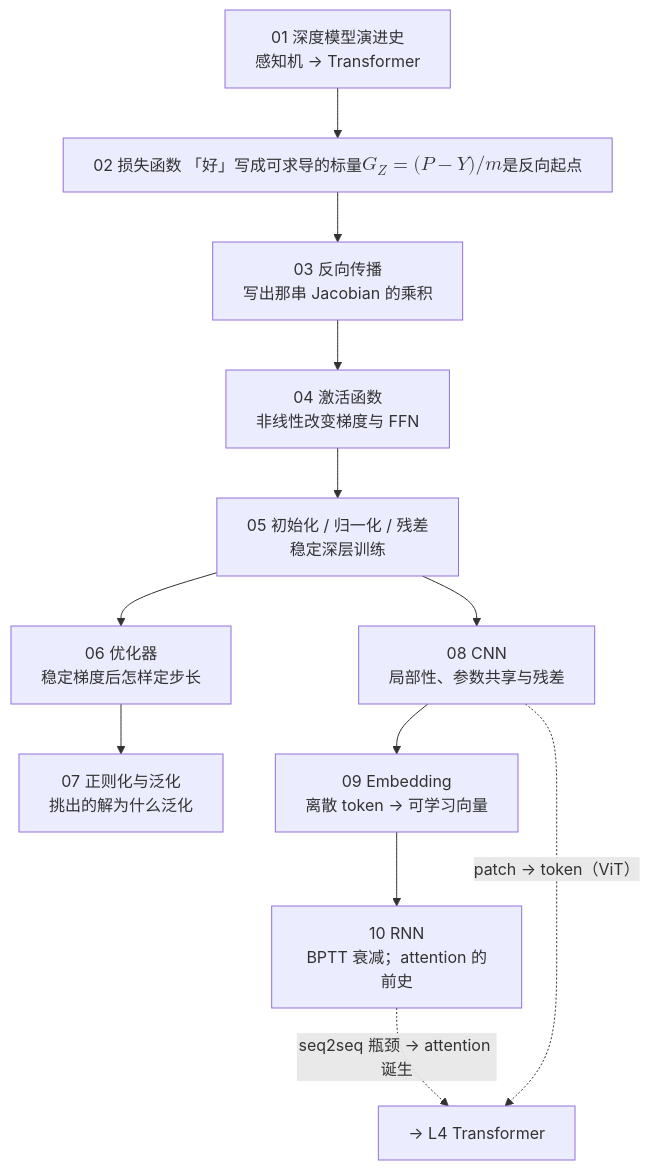
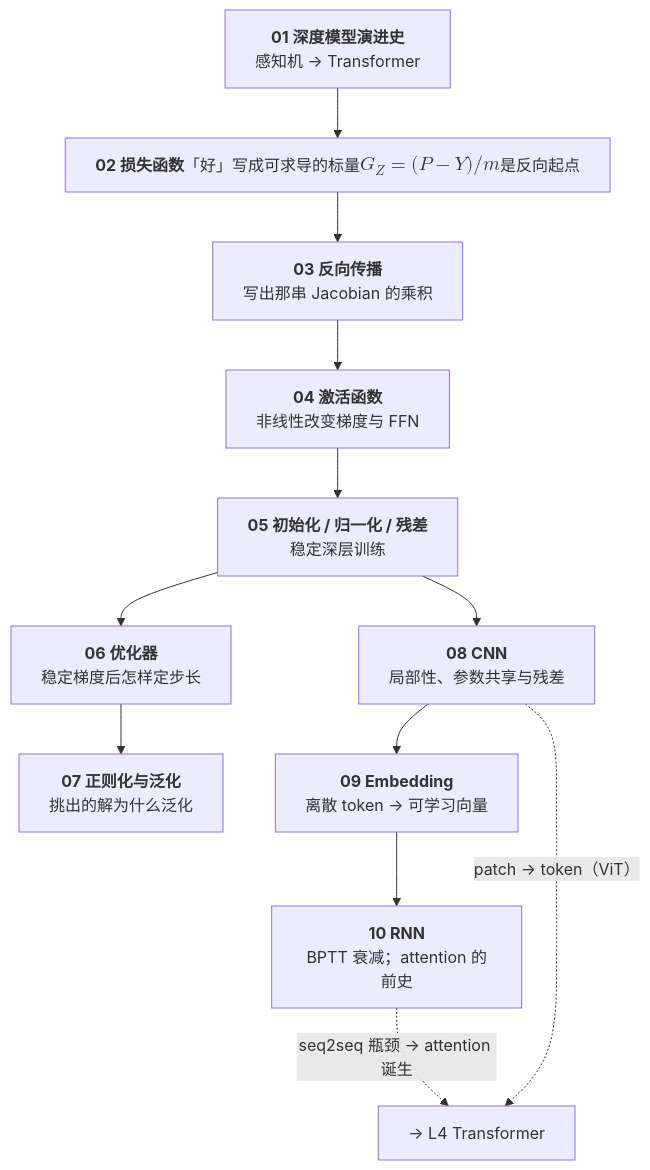
The first of 2 diagrams in _posts/2026-03-29-deep-learning-foundations-series-recap-and-self-test.md (arganzheng/arganzheng.github.com), drawn with Mermaid before and after one commit.

Commit message:
深度学习基础：从反向传播到残差：Mermaid 多行方框的首行标为标题（1 篇）
只在标签开头加 <b>…</b>，文字不变；长句、断句续行、代码 / 推演步骤、
并列行和判断菱形保持原样。

````diff
--- a/_posts/2026-03-29-deep-learning-foundations-series-recap-and-self-test.md
+++ b/_posts/2026-03-29-deep-learning-foundations-series-recap-and-self-test.md
@@ -21,17 +21,17 @@
 ```mermaid
 %%{init: {"flowchart": {"wrappingWidth": 190}}}%%
 %% 图：深度学习基础全景：写出梯度、看激活、稳定训练、定步长、看泛化，再走过卷积、表示与循环
 flowchart TB
-    H["01 深度模型演进史<br/>感知机 → Transformer"] --> D0["02 损失函数<br/>「好」写成可求导的标量<br/>$$G_Z = (P - Y)/m$$ 是反向起点"]
-    D0 --> D1["03 反向传播<br/>写出那串 Jacobian 的乘积"]
-    D1 --> D2["04 激活函数<br/>非线性改变梯度与 FFN"]
-    D2 --> D3["05 初始化 / 归一化 / 残差<br/>稳定深层训练"]
-    D3 --> D4["06 优化器<br/>稳定梯度后怎样定步长"]
-    D4 --> D5["07 正则化与泛化<br/>挑出的解为什么泛化"]
-    D3 --> D6["08 CNN<br/>局部性、参数共享与残差"]
-    D6 --> D7["09 Embedding<br/>离散 token → 可学习向量"]
-    D7 --> D8["10 RNN<br/>BPTT 衰减；attention 的前史"]
+    H["<b>01 深度模型演进史</b><br/>感知机 → Transformer"] --> D0["<b>02 损失函数</b><br/>「好」写成可求导的标量<br/>$$G_Z = (P - Y)/m$$ 是反向起点"]
+    D0 --> D1["<b>03 反向传播</b><br/>写出那串 Jacobian 的乘积"]
+    D1 --> D2["<b>04 激活函数</b><br/>非线性改变梯度与 FFN"]
+    D2 --> D3["<b>05 初始化 / 归一化 / 残差</b><br/>稳定深层训练"]
+    D3 --> D4["<b>06 优化器</b><br/>稳定梯度后怎样定步长"]
+    D4 --> D5["<b>07 正则化与泛化</b><br/>挑出的解为什么泛化"]
+    D3 --> D6["<b>08 CNN</b><br/>局部性、参数共享与残差"]
+    D6 --> D7["<b>09 Embedding</b><br/>离散 token → 可学习向量"]
+    D7 --> D8["<b>10 RNN</b><br/>BPTT 衰减；attention 的前史"]
     D8 -. "seq2seq 瓶颈 → attention 诞生" .-> T["→ L4 Transformer"]
     D6 -. "patch → token（ViT）" .-> T
 
 ```
````
